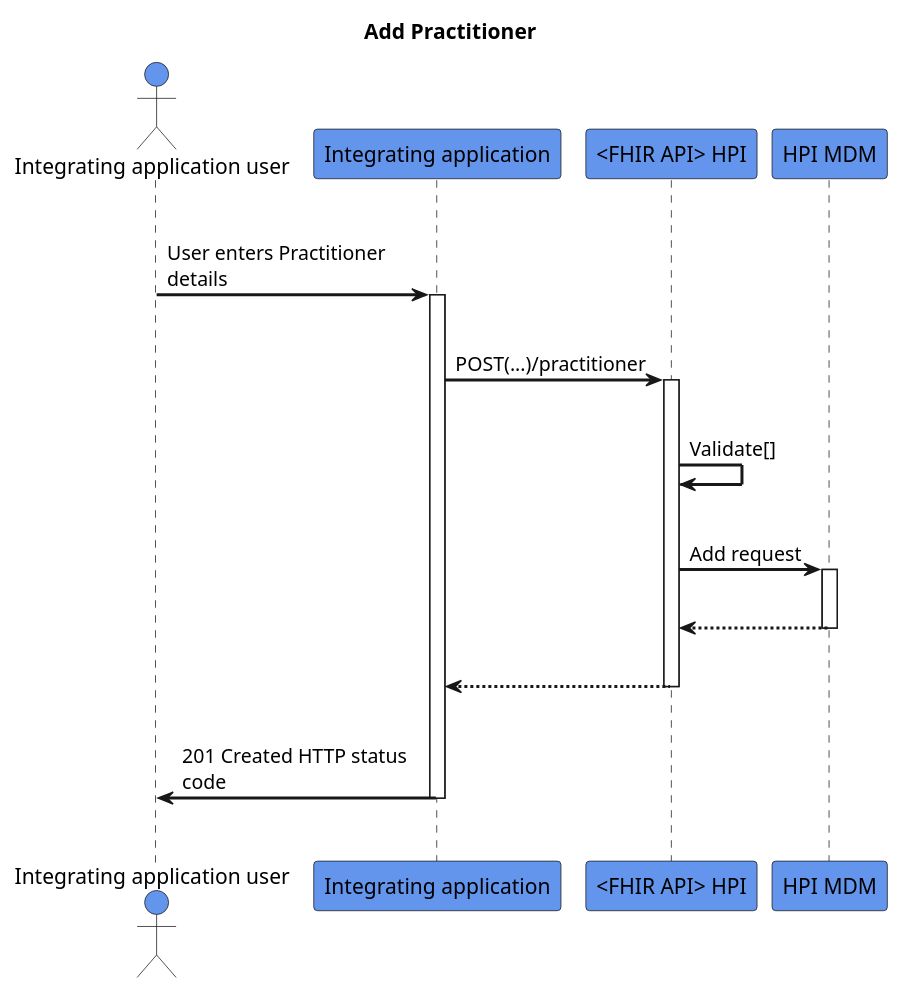
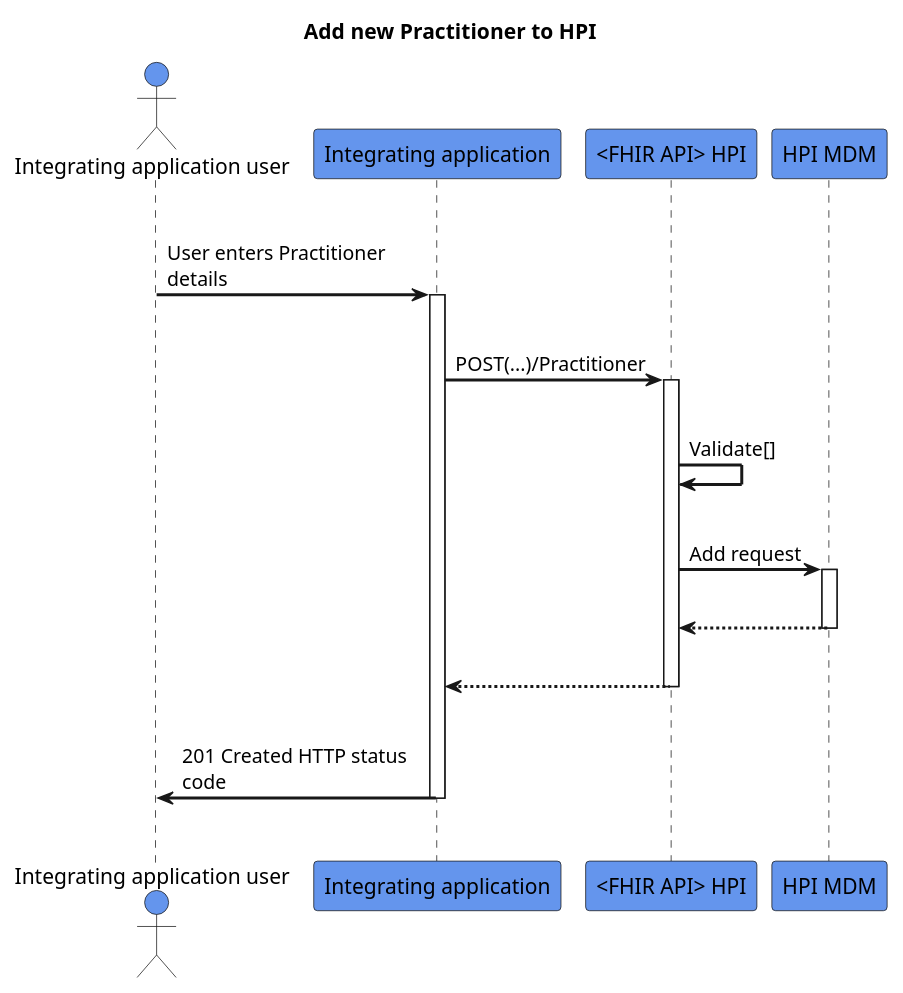
Before and after one commit to HL7NZ/hpi: the diagram in input/images-source/add-practitioner.plantuml, drawn with PlantUML.

```diff
--- a/input/images-source/add-practitioner.plantuml
+++ b/input/images-source/add-practitioner.plantuml
@@ -1,32 +1,32 @@
 @startuml
 skinparam sequenceArrowThickness 2
 skinparam roundcorner 5
 skinparam maxmessagesize 180
 skinparam sequenceParticipant bold
-title Add Practitioner
+title Add new Practitioner to HPI
 actor "Integrating application user" as User #CornflowerBlue
 participant "Integrating application" as A #CornflowerBlue
 participant "<FHIR API> HPI" as B #CornflowerBlue
 participant "HPI MDM" as C #CornflowerBlue
 |||
 User -> A: User enters Practitioner details
 activate A
 |||
-A -> B: POST(...)/practitioner
+A -> B: POST(...)/Practitioner
 activate B
 |||
 B -> B: Validate[]
 |||
 B -> C: Add request
 activate C
 |||
 C -[dashed]-> B:  
 deactivate C
 |||
 B -[dashed]-> A:
 deactivate B
 |||
 A -> User: 201 Created HTTP status code
 deactivate A
 |||
 @enduml
```
